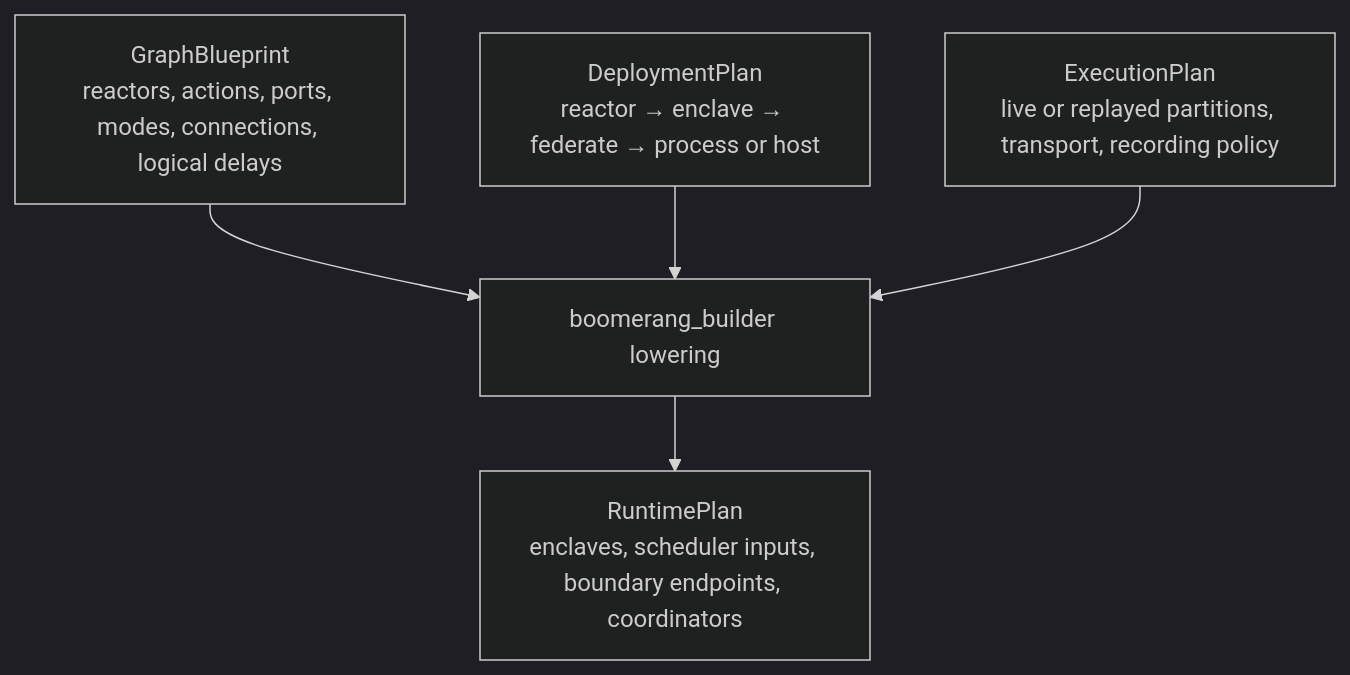
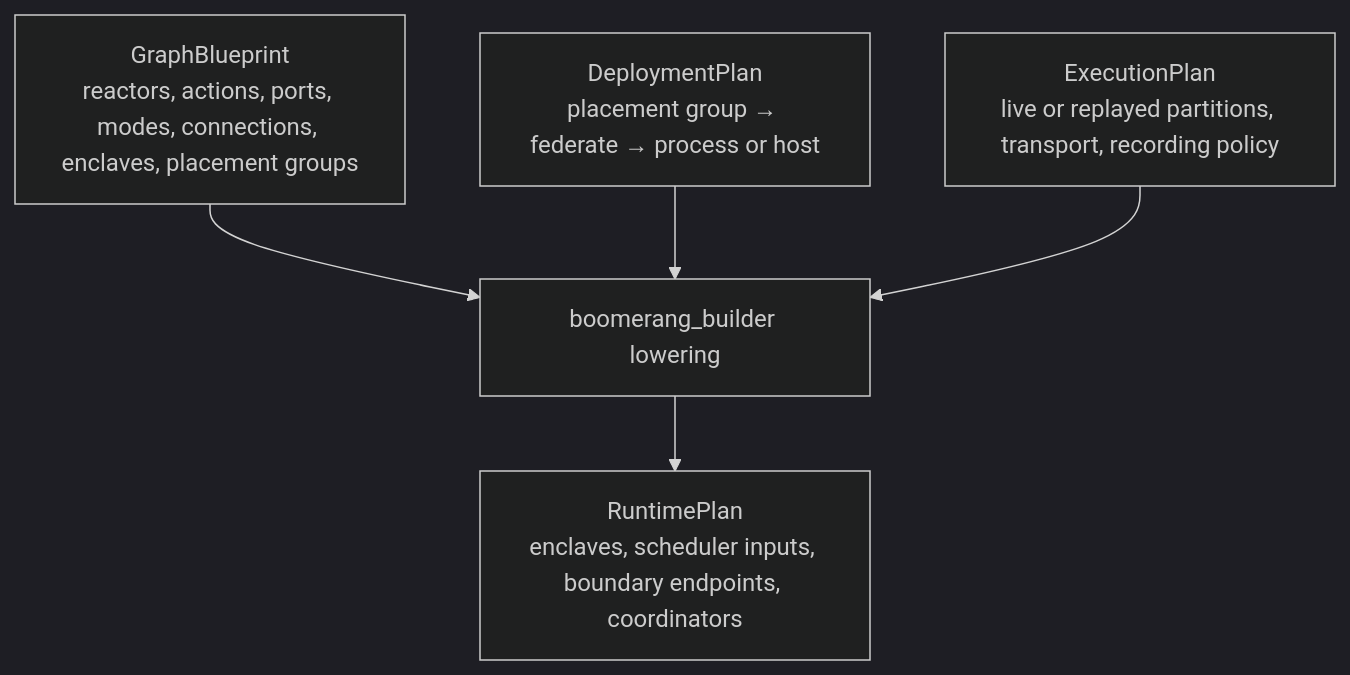
The first of 3 diagrams in docs/architecture.md (jondo2010/boomerang), drawn with Mermaid (dark theme) before and after one commit. The commit also changed other lines of this file and 2 other files, not shown here.

Commit message:
docs: define static federate deployment architecture

````diff
--- a/docs/architecture.md
+++ b/docs/architecture.md
@@ -30,13 +34,13 @@
 ```mermaid
 flowchart TD
-    Graph["GraphBlueprint<br/>reactors, actions, ports, modes, connections, logical delays"]
-    Deployment["DeploymentPlan<br/>reactor → enclave → federate → process or host"]
+    Graph["GraphBlueprint<br/>reactors, actions, ports, modes, connections, enclaves, placement groups"]
+    Deployment["DeploymentPlan<br/>placement group → federate → process or host"]
     Execution["ExecutionPlan<br/>live or replayed partitions, transport, recording policy"]
     Lowering["boomerang_builder lowering"]
     Runtime["RuntimePlan<br/>enclaves, scheduler inputs, boundary endpoints, coordinators"]
 
     Graph --> Lowering
     Deployment --> Lowering
     Execution --> Lowering
     Lowering --> Runtime
 ```
````
